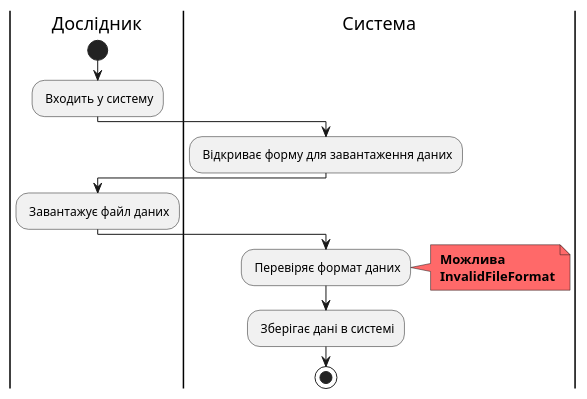
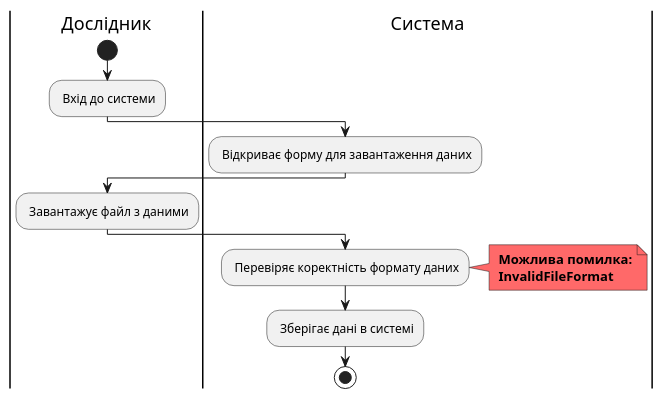
One commit to tyntyntynnnn/edu_db_labs changed diagram 12 of 13 in docs/use cases/README.md. Above: the diagram before and after it, drawn with PlantUML. The commit also changed other lines of this file, not shown here.

Commit message:
diagrams

```diff
--- a/docs/use cases/README.md
+++ b/docs/use cases/README.md
@@ -524,24 +519,24 @@
 @startuml
 
-    |Дослідник|
-    start;
-    : Входить у систему;
-    
-    |Система|
-    : Відкриває форму для завантаження даних;
-    
-    |Дослідник|
-    : Завантажує файл даних;
-    
-    |Система|
-    : Перевіряє формат даних;
-    note right #FF6969
-    <b> Можлива
-    <b> InvalidFileFormat
-    end note
-    
-    : Зберігає дані в системі;
-    
-    stop;
+|Дослідник|
+start;
+: Вхід до системи;
+
+|Система|
+: Відкриває форму для завантаження даних;
+
+|Дослідник|
+: Завантажує файл з даними;
+
+|Система|
+: Перевіряє коректність формату даних;
+note right #FF6969
+<b> Можлива помилка:
+<b> InvalidFileFormat
+end note
+
+: Зберігає дані в системі;
+
+stop;
 
 @enduml
```
